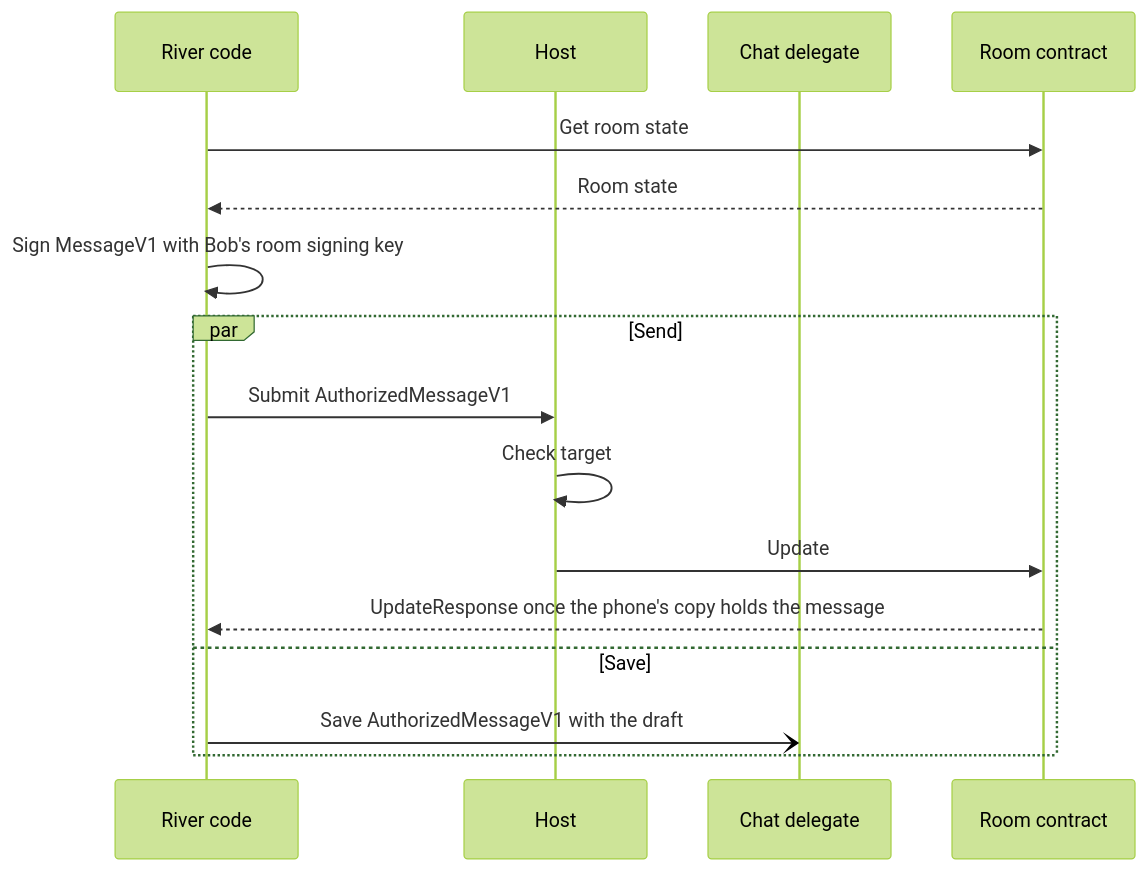
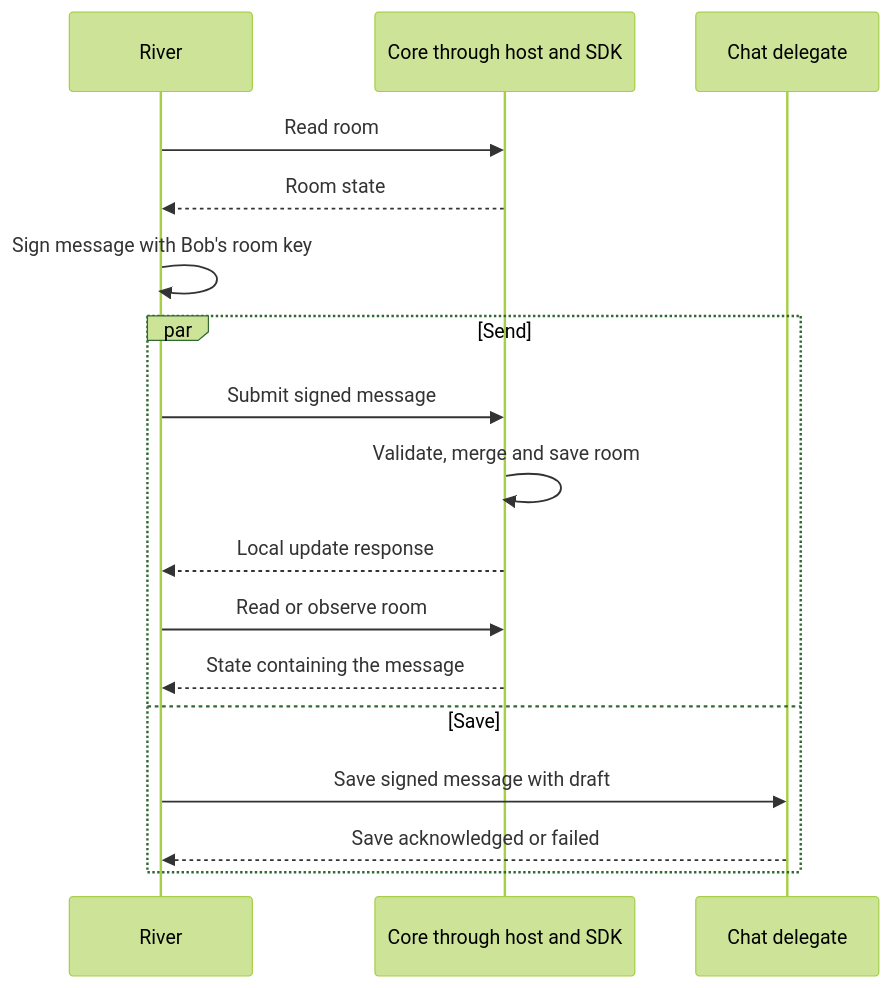
One commit to EVY-Platform/evy-freenet-plans changed the diagram in 1-freenet-mobile-appkit/06-data-and-operations.md. Above: the diagram before and after it, drawn with Mermaid (forest theme). The commit also changed other lines of this file and 18 other files, not shown here.

````diff
--- a/1-freenet-mobile-appkit/06-data-and-operations.md
+++ b/1-freenet-mobile-appkit/06-data-and-operations.md
@@ -49,18 +42,19 @@
 ```mermaid
 sequenceDiagram
-    participant River as River code
-    participant Host
+    participant River
+    participant Core as Core through host and SDK
     participant Delegate as Chat delegate
-    participant Room as Room contract
-    River->>Room: Get room state
-    Room-->>River: Room state
-    River->>River: Sign MessageV1 with Bob's room signing key
+    River->>Core: Read room
+    Core-->>River: Room state
+    River->>River: Sign message with Bob's room key
     par Send
-        River->>Host: Submit AuthorizedMessageV1
-        Host->>Host: Check target
-        Host->>Room: Update
-        Room-->>River: UpdateResponse once the phone's copy holds the message
+        River->>Core: Submit signed message
+        Core->>Core: Validate, merge and save room
+        Core-->>River: Local update response
+        River->>Core: Read or observe room
+        Core-->>River: State containing the message
     and Save
-        River-)Delegate: Save AuthorizedMessageV1 with the draft
+        River->>Delegate: Save signed message with draft
+        Delegate-->>River: Save acknowledged or failed
     end
 ```
````
